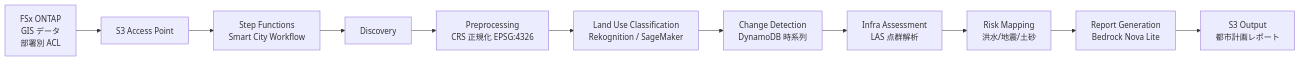
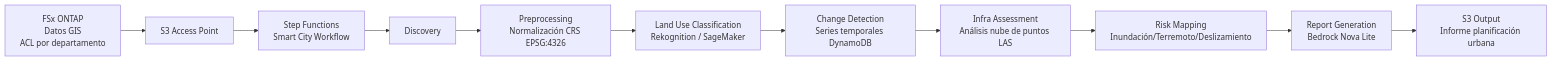
One commit to Yoshiki0705/FSx-for-ONTAP-S3AccessPoints-Serverless-Patterns changed the diagram in smart-city-geospatial/docs/architecture.es.md. Above: the diagram before and after it, drawn with Mermaid. The commit also changed other lines of this file and 13 other files, not shown here.

````diff
--- a/smart-city-geospatial/docs/architecture.es.md
+++ b/smart-city-geospatial/docs/architecture.es.md
@@ -15,13 +13,13 @@
 ```mermaid
 graph LR
-    FSx[FSx ONTAP<br/>GIS データ<br/>部署別 ACL] --> S3AP[S3 Access Point]
+    FSx[FSx ONTAP<br/>Datos GIS<br/>ACL por departamento] --> S3AP[S3 Access Point]
     S3AP --> SFN[Step Functions<br/>Smart City Workflow]
     SFN --> L1[Discovery]
-    L1 --> L2[Preprocessing<br/>CRS 正規化 EPSG:4326]
+    L1 --> L2[Preprocessing<br/>Normalización CRS EPSG:4326]
     L2 --> L3[Land Use Classification<br/>Rekognition / SageMaker]
-    L3 --> L4[Change Detection<br/>DynamoDB 時系列]
-    L4 --> L5[Infra Assessment<br/>LAS 点群解析]
-    L5 --> L6[Risk Mapping<br/>洪水/地震/土砂]
+    L3 --> L4[Change Detection<br/>Series temporales DynamoDB]
+    L4 --> L5[Infra Assessment<br/>Análisis nube de puntos LAS]
+    L5 --> L6[Risk Mapping<br/>Inundación/Terremoto/Deslizamiento]
     L6 --> L7[Report Generation<br/>Bedrock Nova Lite]
-    L7 --> S3O[S3 Output<br/>都市計画レポート]
+    L7 --> S3O[S3 Output<br/>Informe planificación urbana]
 ```
````
